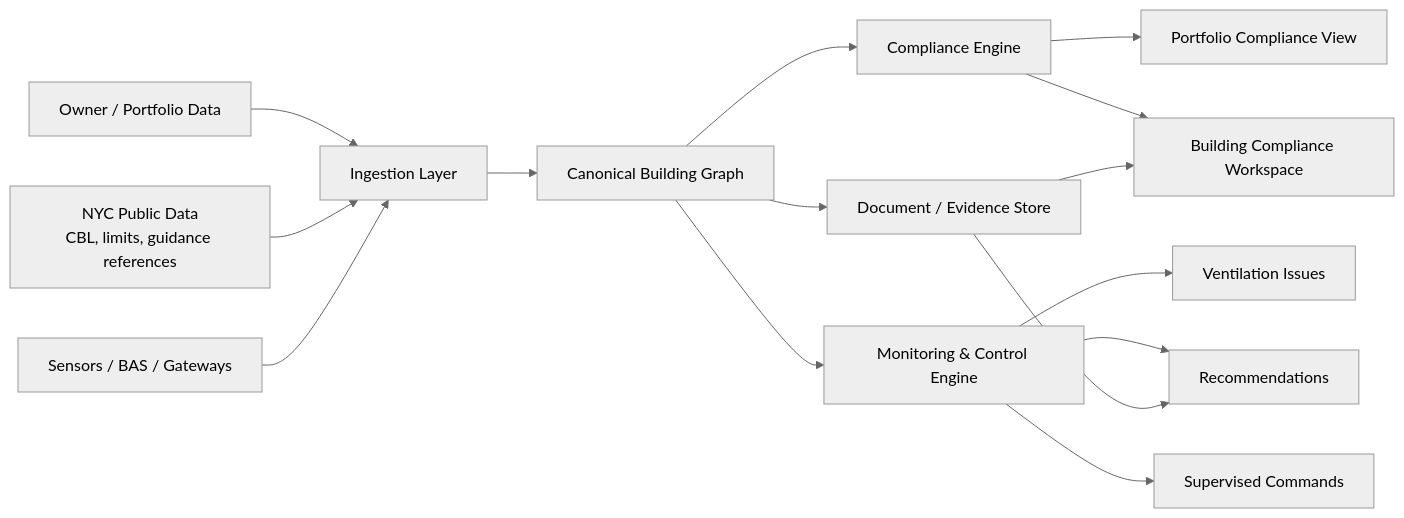
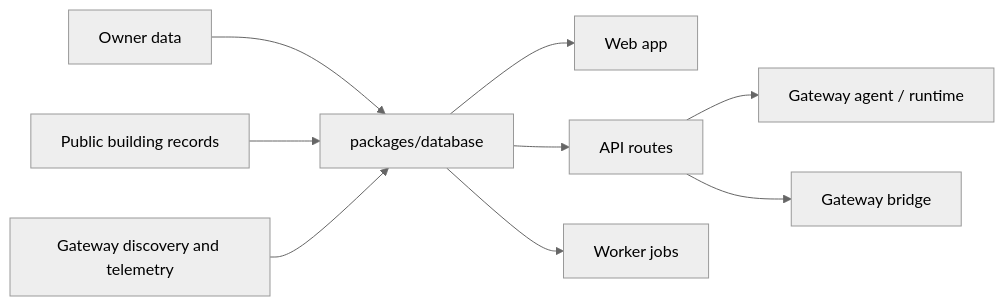
The diagram in docs/technical_implementation_plan.md (admin-dovanix/ll97), drawn with Mermaid (neutral theme) before and after one commit. The commit also changed other lines of this file and 16 other files, not shown here.

````diff
--- a/docs/technical_implementation_plan.md
+++ b/docs/technical_implementation_plan.md
@@ -49,19 +14,12 @@
 ```mermaid
 flowchart LR
-  A["Owner / Portfolio Data"] --> D["Ingestion Layer"]
-  B["NYC Public Data<br/>CBL, limits, guidance references"] --> D
-  C["Sensors / BAS / Gateways"] --> D
+  A["Owner data"] --> D["packages/database"]
+  B["Public building records"] --> D
+  C["Gateway discovery and telemetry"] --> D
 
-  D --> E["Canonical Building Graph"]
-  E --> F["Compliance Engine"]
-  E --> G["Monitoring & Control Engine"]
-  E --> H["Document / Evidence Store"]
-
-  F --> I["Portfolio Compliance View"]
-  F --> J["Building Compliance Workspace"]
-  G --> K["Ventilation Issues"]
-  G --> L["Recommendations"]
-  G --> M["Supervised Commands"]
-  H --> J
-  H --> L
+  D --> E["Web app"]
+  D --> F["API routes"]
+  D --> G["Worker jobs"]
+  F --> H["Gateway agent / runtime"]
+  F --> I["Gateway bridge"]
 ```
````
